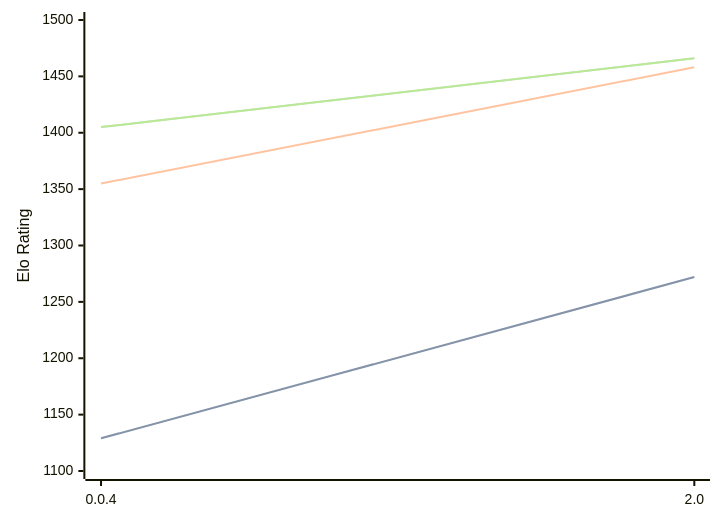
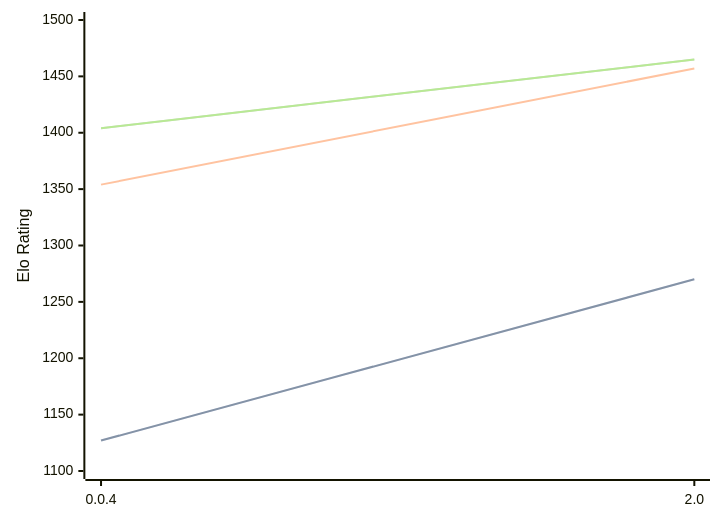
One commit to computer-chess-index/cci changed the first of 3 diagrams in engines/Oops!Mate.md. Above: the diagram before and after it, drawn with Mermaid. The commit also changed other lines of this file, not shown here.

Commit message:
Update CCI Ratings (ELO VLTC) - 2026-06-26

````diff
--- a/engines/Oops!Mate.md
+++ b/engines/Oops!Mate.md
@@ -52,11 +52,11 @@
 ```mermaid
 %%{init: {"theme":"base","themeVariables":{"seriesColors:['#a3a3a3','#222221','#faa371']}}}%%
 xychart-beta
   x-axis ["0.0.4", "2.0"]
   y-axis "Elo Rating" 1100 --> 1500
-  line "STC (8.0+0.08s)" [1129, 1272]
-  line "STC (8.0+0.08s)" [1129, 1272]
-  line "LTC (60.0+0.60s)" [1355, 1458]
-  line "VLTC (2m24s+1.12s)" [1405, 1466]
-  line "VLTC (2m24s+1.12s)" [1405, 1466]
+  line "STC (8.0+0.08s)" [1127, 1270]
+  line "STC (8.0+0.08s)" [1127, 1270]
+  line "LTC (60.0+0.60s)" [1354, 1457]
+  line "VLTC (2m24s+1.12s)" [1404, 1465]
+  line "VLTC (2m24s+1.12s)" [1404, 1465]
 ```
````
